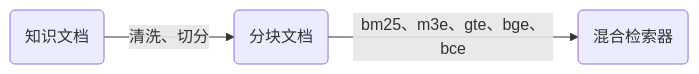
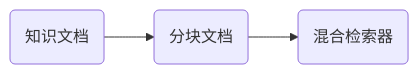
The first of 4 diagrams in README.md (wuzhongyanqiu/InternLM-Review-Assistant), drawn with Mermaid before and after one commit. The commit also changed other lines of this file and 8 other files, not shown here.

````diff
--- a/README.md
+++ b/README.md
@@ -221,5 +228,5 @@
 ```mermaid
 graph LR
-    A(知识文档) -- 清洗、切分 --> B(分块文档)
-    B(分块文档) -- bm25、m3e、gte、bge、bce --> C(混合检索器) 
+    A(知识文档) --> B(分块文档)
+    B(分块文档) --> C(混合检索器) 
 ```
````
